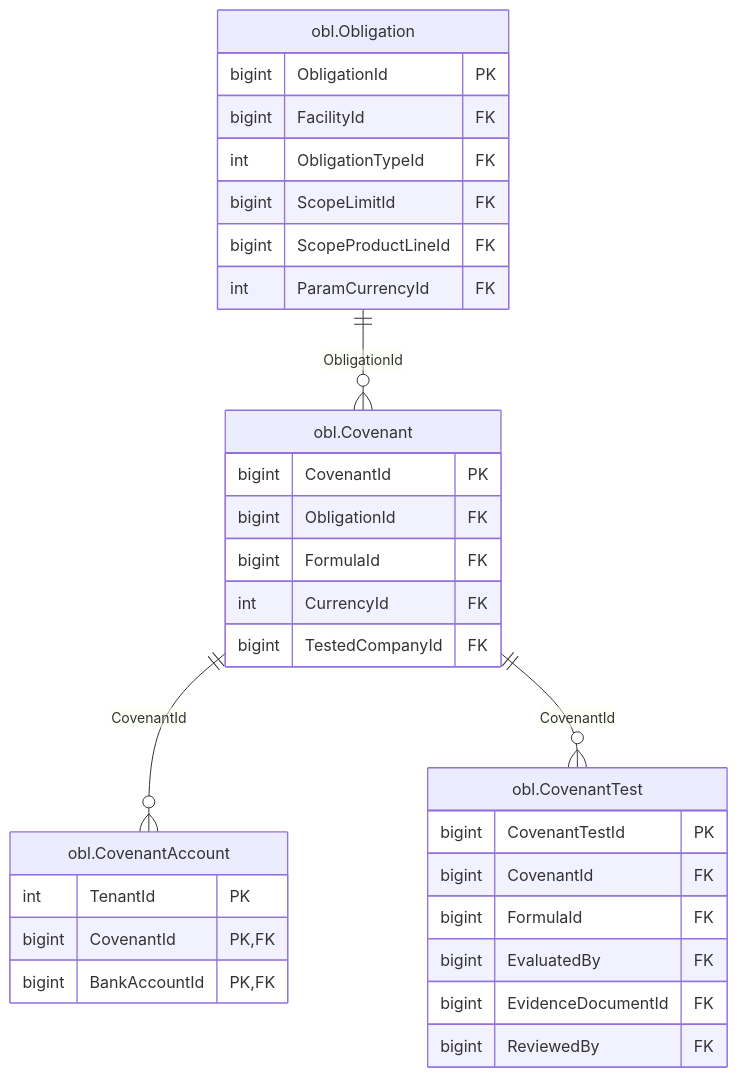
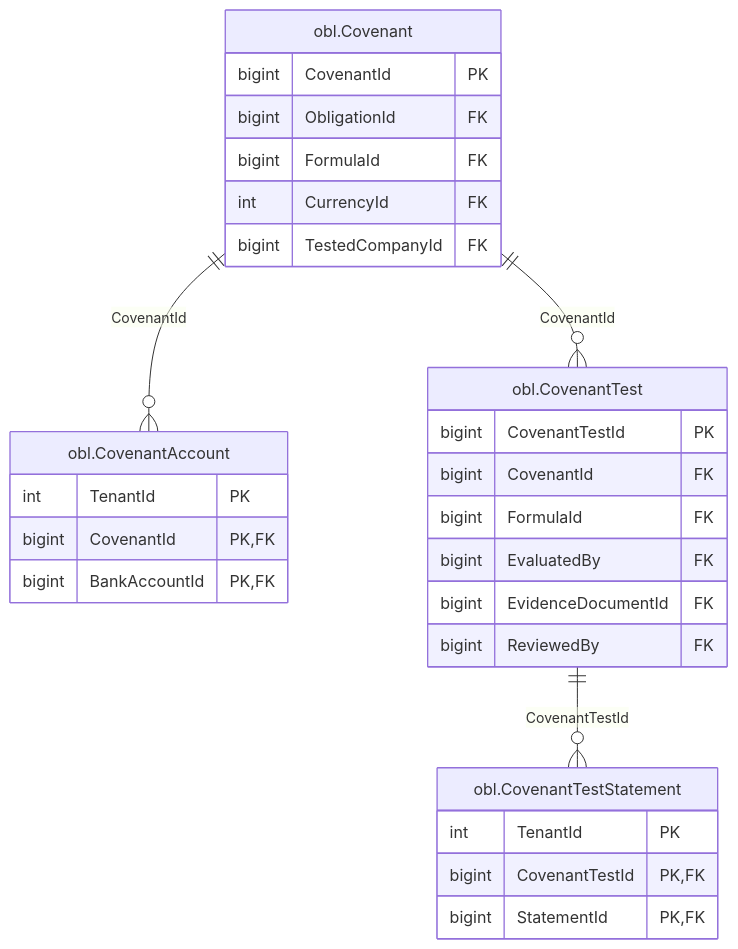
Before and after one commit to thawrasy/smartlines: the diagram in treasury-platform/docs/diagrams/erd/m5_obligations_1.mmd, drawn with Mermaid. The commit also changed 34 other files, not shown here.

First line of the commit message:
Design documents read their numbers from the DDL; module diagrams redrawn

```diff
--- a/treasury-platform/docs/diagrams/erd/m5_obligations_1.mmd
+++ b/treasury-platform/docs/diagrams/erd/m5_obligations_1.mmd
@@ -1,33 +1,30 @@
-%% م5 · الالتزامات والتعهدات (1/2) — Obligations, covenants & reporting
+%% م5 · الالتزامات والتعهدات (1/3) — Obligations, covenants & reporting
 erDiagram
   obl_Covenant["obl.Covenant"] {
     bigint CovenantId PK
     bigint ObligationId FK
     bigint FormulaId FK
     int CurrencyId FK
     bigint TestedCompanyId FK
   }
   obl_CovenantAccount["obl.CovenantAccount"] {
     int TenantId PK
     bigint CovenantId PK, FK
     bigint BankAccountId PK, FK
   }
   obl_CovenantTest["obl.CovenantTest"] {
     bigint CovenantTestId PK
     bigint CovenantId FK
     bigint FormulaId FK
     bigint EvaluatedBy FK
     bigint EvidenceDocumentId FK
     bigint ReviewedBy FK
   }
-  obl_Obligation["obl.Obligation"] {
-    bigint ObligationId PK
-    bigint FacilityId FK
-    int ObligationTypeId FK
-    bigint ScopeLimitId FK
-    bigint ScopeProductLineId FK
-    int ParamCurrencyId FK
+  obl_CovenantTestStatement["obl.CovenantTestStatement"] {
+    int TenantId PK
+    bigint CovenantTestId PK, FK
+    bigint StatementId PK, FK
   }
   obl_Covenant ||--o{ obl_CovenantAccount : "CovenantId"
   obl_Covenant ||--o{ obl_CovenantTest : "CovenantId"
-  obl_Obligation ||--o{ obl_Covenant : "ObligationId"
+  obl_CovenantTest ||--o{ obl_CovenantTestStatement : "CovenantTestId"
```
